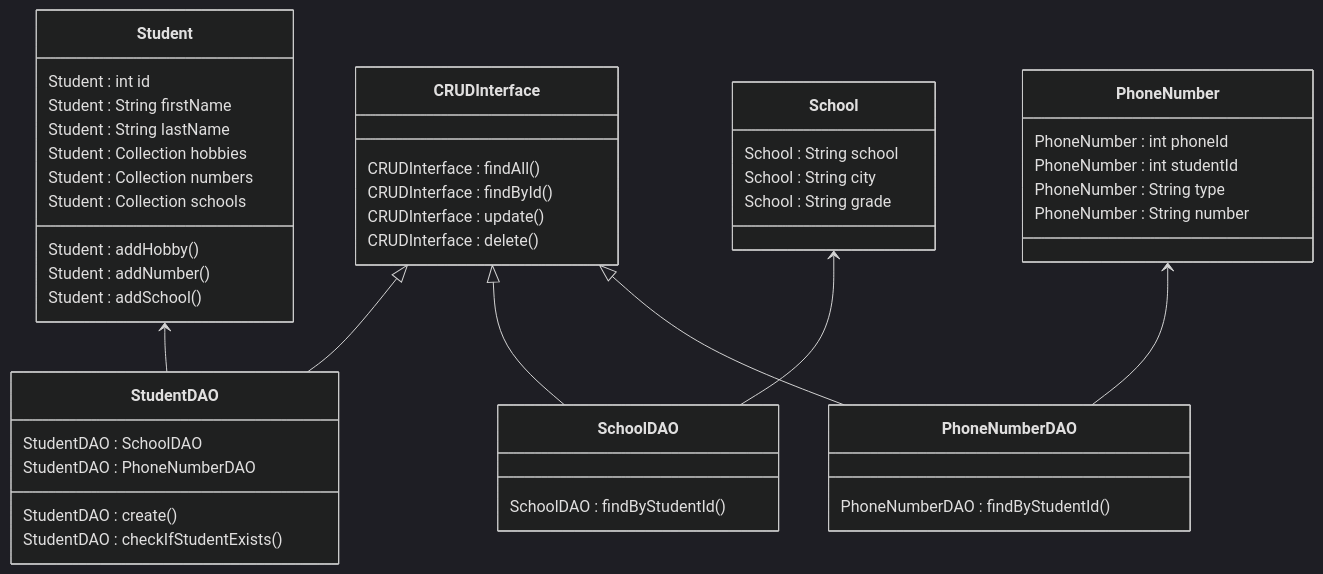
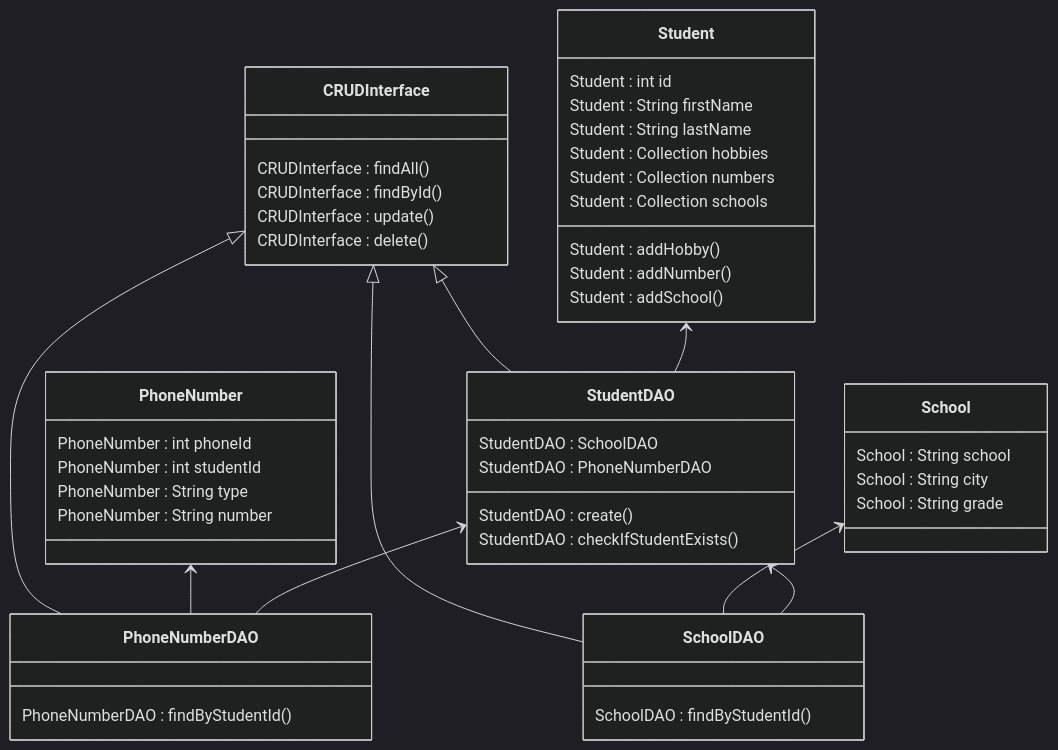
The second of 2 diagrams in README.md (ellinorekmark/db2022), drawn with Mermaid (dark theme) before and after one commit.

````diff
--- a/README.md
+++ b/README.md
@@ -78,59 +78,61 @@
 ```mermaid
 classDiagram
 
 CRUDInterface <|-- StudentDAO
 CRUDInterface <|-- SchoolDAO
 CRUDInterface <|-- PhoneNumberDAO
 Student <-- StudentDAO
 School <-- SchoolDAO
 PhoneNumber <-- PhoneNumberDAO
+StudentDAO <-- PhoneNumberDAO
+StudentDAO <-- SchoolDAO
 
 
 class CRUDInterface {
 CRUDInterface : findAll()
 CRUDInterface : findById()
 CRUDInterface : update()
 CRUDInterface : delete()
 }
 class StudentDAO {
 StudentDAO : SchoolDAO
 StudentDAO : PhoneNumberDAO
 StudentDAO : create()
 StudentDAO : checkIfStudentExists()
 
 
 }
 class SchoolDAO {
 SchoolDAO : findByStudentId()
 
 }
 class PhoneNumberDAO {
 PhoneNumberDAO : findByStudentId()
 }
 class Student {
 Student : int id
 Student : String firstName
 Student : String lastName
 Student : Collection<String> hobbies
 Student : Collection<PhoneNumber> numbers
 Student : Collection<School> schools
 Student : addHobby()
 Student : addNumber()
 Student : addSchool()
 }
 
 class School {
 School : String school
 School : String city
 School : String grade
 }
 
 class PhoneNumber {
 PhoneNumber : int phoneId
 PhoneNumber : int studentId
 PhoneNumber : String type
 PhoneNumber : String number
 }
 
 
 ```
````
